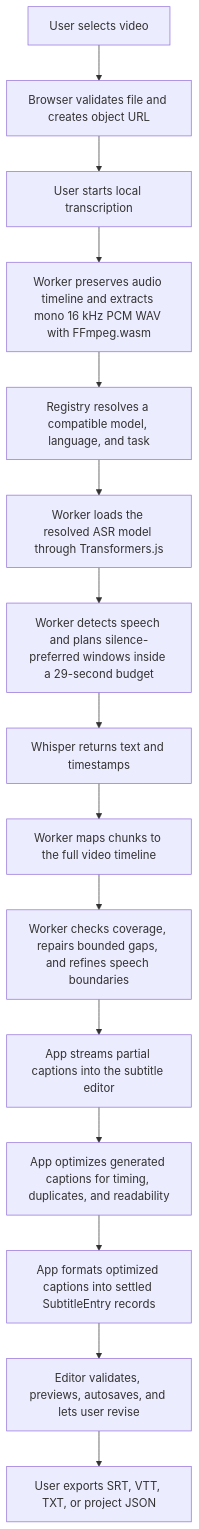
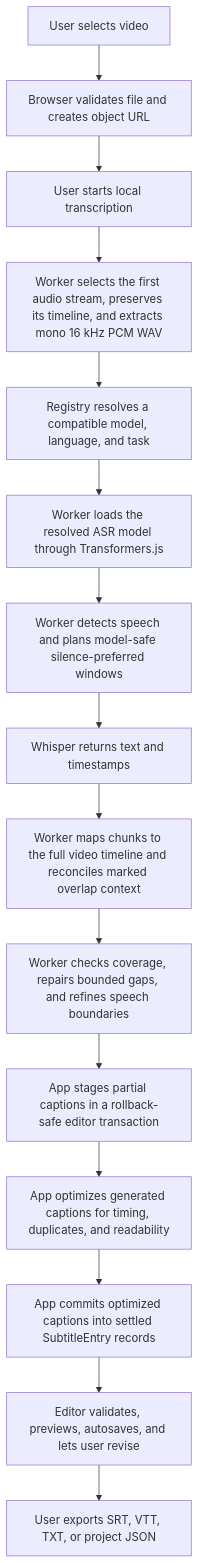
Diagram 18 of 18 in docs/project-state.md (zxyandreay/auto-subtitle), drawn with Mermaid before and after one commit. The commit also changed other lines of this file and 38 other files, not shown here.

````diff
--- a/docs/project-state.md
+++ b/docs/project-state.md
@@ -1528,17 +1577,17 @@
 ```mermaid
 flowchart TD
     A["User selects video"] --> B["Browser validates file and creates object URL"]
     B --> C["User starts local transcription"]
-    C --> D["Worker preserves audio timeline and extracts mono 16 kHz PCM WAV with FFmpeg.wasm"]
+    C --> D["Worker selects the first audio stream, preserves its timeline, and extracts mono 16 kHz PCM WAV"]
     D --> R["Registry resolves a compatible model, language, and task"]
     R --> E["Worker loads the resolved ASR model through Transformers.js"]
-    E --> F["Worker detects speech and plans silence-preferred windows inside a 29-second budget"]
+    E --> F["Worker detects speech and plans model-safe silence-preferred windows"]
     F --> G["Whisper returns text and timestamps"]
-    G --> H["Worker maps chunks to the full video timeline"]
+    G --> H["Worker maps chunks to the full video timeline and reconciles marked overlap context"]
     H --> COV["Worker checks coverage, repairs bounded gaps, and refines speech boundaries"]
-    COV --> P["App streams partial captions into the subtitle editor"]
+    COV --> P["App stages partial captions in a rollback-safe editor transaction"]
     P --> I["App optimizes generated captions for timing, duplicates, and readability"]
-    I --> L["App formats optimized captions into settled SubtitleEntry records"]
+    I --> L["App commits optimized captions into settled SubtitleEntry records"]
     L --> J["Editor validates, previews, autosaves, and lets user revise"]
     J --> K["User exports SRT, VTT, TXT, or project JSON"]
 ```
````
